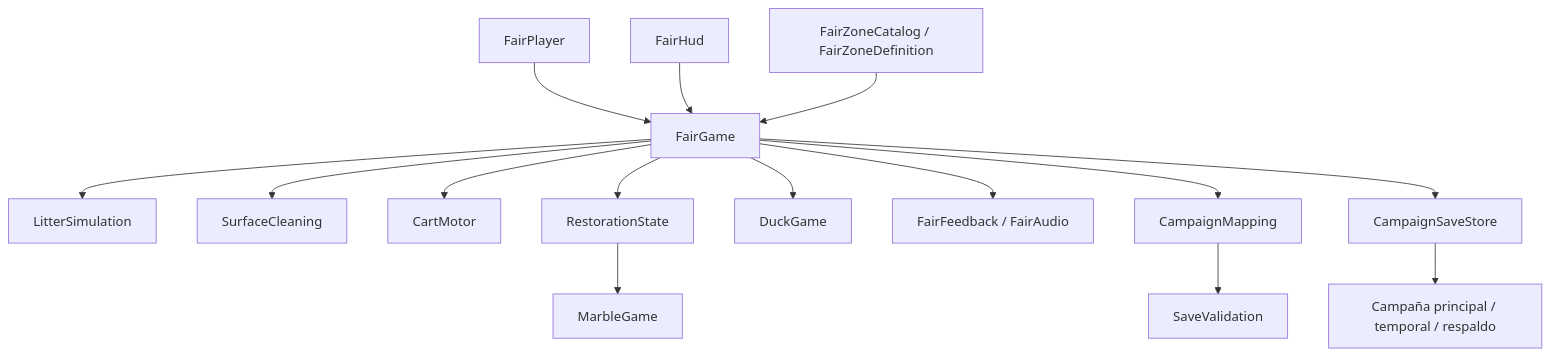
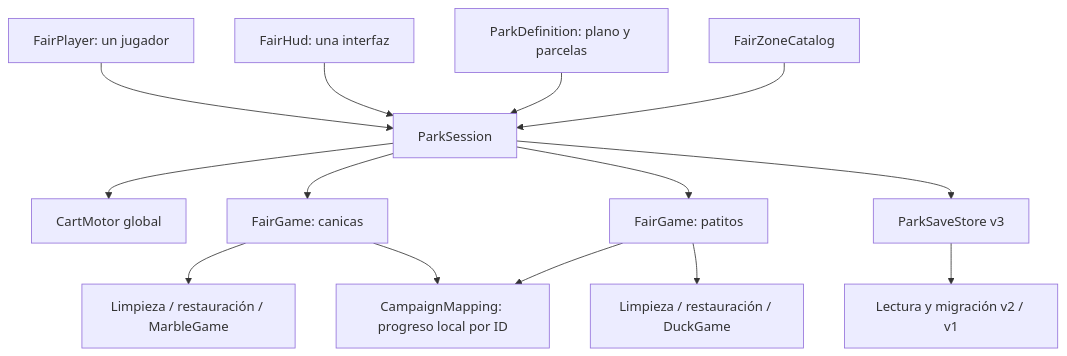
One commit to MarcoAntonioDamianOrtiz/DespuesDeLaFeria-Unity changed the diagram in docs/ARQUITECTURA.md. Above: the diagram before and after it, drawn with Mermaid. The commit also changed other lines of this file and 99 other files, not shown here.

````diff
--- a/docs/ARQUITECTURA.md
+++ b/docs/ARQUITECTURA.md
@@ -9,17 +7,16 @@
 ```mermaid
 flowchart TD
-    Input[FairPlayer] --> Game[FairGame]
-    UI[FairHud] --> Game
-    Catalog[FairZoneCatalog / FairZoneDefinition] --> Game
-    Game --> Floor[LitterSimulation]
-    Game --> Surface[SurfaceCleaning]
-    Game --> Cart[CartMotor]
-    Game --> Restore[RestorationState]
-    Restore --> Marble[MarbleGame]
-    Game --> Ducks[DuckGame]
-    Game --> Feedback[FairFeedback / FairAudio]
-    Game --> Map[CampaignMapping]
-    Map --> Validation[SaveValidation]
-    Game --> Store[CampaignSaveStore]
-    Store --> JSON[Campaña principal / temporal / respaldo]
+    Input[FairPlayer: un jugador] --> Session[ParkSession]
+    HUD[FairHud: una interfaz] --> Session
+    Plan[ParkDefinition: plano y parcelas] --> Session
+    Catalog[FairZoneCatalog] --> Session
+    Session --> Cart[CartMotor global]
+    Session --> ZoneA[FairGame: canicas]
+    Session --> ZoneB[FairGame: patitos]
+    ZoneA --> CleanA[Limpieza / restauración / MarbleGame]
+    ZoneB --> CleanB[Limpieza / restauración / DuckGame]
+    Session --> Store[ParkSaveStore v3]
+    Store --> Legacy[Lectura y migración v2 / v1]
+    ZoneA --> IDs[CampaignMapping: progreso local por ID]
+    ZoneB --> IDs
 ```
````
